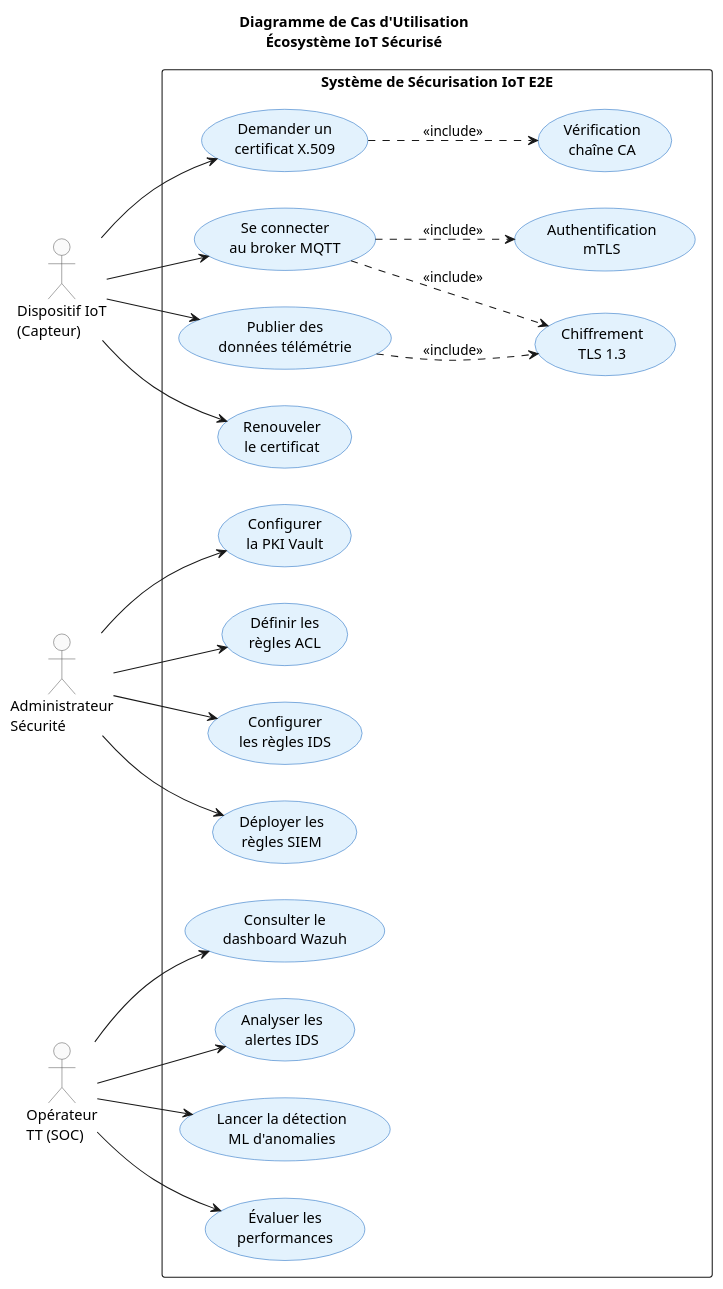
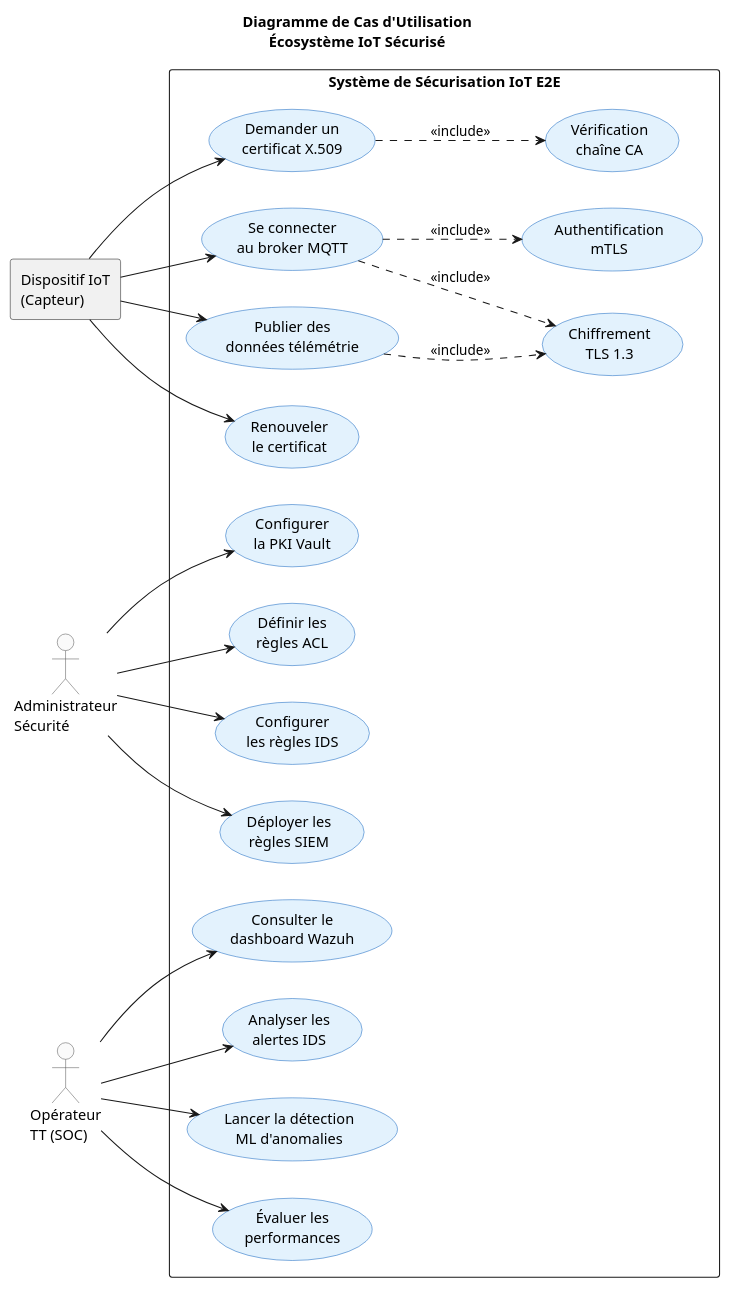
Before and after one commit to AmineGhannouchi/PFE-IoT-Security-TT: the diagram in documentation/rapport4/diagrams/diag-cas-utilisation.puml, drawn with PlantUML. The commit also changed 20 other files, not shown here.

Commit message:
refactor: Update diagrams and figures for improved clarity; replace actors with participants and enhance layout

```diff
--- a/documentation/rapport4/diagrams/diag-cas-utilisation.puml
+++ b/documentation/rapport4/diagrams/diag-cas-utilisation.puml
@@ -1,65 +1,65 @@
 @startuml diag-cas-utilisation
 
 skinparam backgroundColor #FFFFFF
 skinparam defaultFontName Arial
 skinparam shadowing false
 skinparam usecase {
   BackgroundColor #E3F2FD
   BorderColor #1565C0
 }
 skinparam actor {
   BackgroundColor #FAFAFA
   BorderColor #555555
 }
 
 title Diagramme de Cas d'Utilisation\nÉcosystème IoT Sécurisé
 
 left to right direction
 
-actor "Dispositif IoT\n(Capteur)" as DEV
+rectangle "Dispositif IoT\n(Capteur)" as DEV
 actor "Administrateur\nSécurité" as ADMIN
 actor "Opérateur\nTT (SOC)" as SOC
 
 rectangle "Système de Sécurisation IoT E2E" {
 
   usecase "Demander un\ncertificat X.509" as UC1
   usecase "Se connecter\nau broker MQTT" as UC2
   usecase "Publier des\ndonnées télémétrie" as UC3
   usecase "Renouveler\nle certificat" as UC4
 
   usecase "Configurer\nla PKI Vault" as UC5
   usecase "Définir les\nrègles ACL" as UC6
   usecase "Configurer\nles règles IDS" as UC7
   usecase "Déployer les\nrègles SIEM" as UC8
 
   usecase "Consulter le\ndashboard Wazuh" as UC9
   usecase "Analyser les\nalertes IDS" as UC10
   usecase "Lancer la détection\nML d'anomalies" as UC11
   usecase "Évaluer les\nperformances" as UC12
 
   usecase "Authentification\nmTLS" as UC_AUTH
   usecase "Chiffrement\nTLS 1.3" as UC_TLS
   usecase "Vérification\nchaîne CA" as UC_VERIF
 }
 
 DEV --> UC1
 DEV --> UC2
 DEV --> UC3
 DEV --> UC4
 
 ADMIN --> UC5
 ADMIN --> UC6
 ADMIN --> UC7
 ADMIN --> UC8
 
 SOC --> UC9
 SOC --> UC10
 SOC --> UC11
 SOC --> UC12
 
 UC2 ..> UC_AUTH : <<include>>
 UC2 ..> UC_TLS : <<include>>
 UC1 ..> UC_VERIF : <<include>>
 UC3 ..> UC_TLS : <<include>>
 
 @enduml
```
